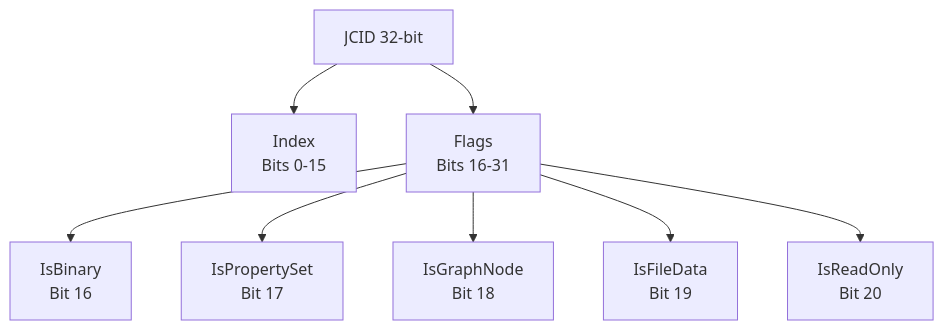
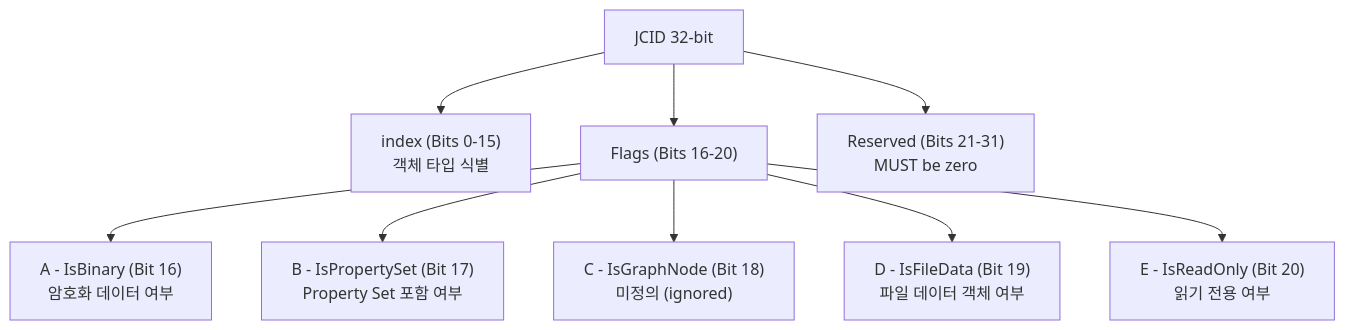
Before and after one commit to kijeong/pyOneNote: the fifth of 15 diagrams in docs/OneNote_File_Format_Structure.md, drawn with Mermaid. The commit also changed other lines of this file, not shown here.

````diff
--- a/docs/OneNote_File_Format_Structure.md
+++ b/docs/OneNote_File_Format_Structure.md
@@ -134,11 +256,12 @@
 ```mermaid
 graph TD
-    A[JCID 32-bit] --> B[Index<br/>Bits 0-15]
-    A --> C[Flags<br/>Bits 16-31]
+    A[JCID 32-bit] --> B["index (Bits 0-15)<br/>객체 타입 식별"]
+    A --> C["Flags (Bits 16-20)"]
+    A --> D["Reserved (Bits 21-31)<br/>MUST be zero"]
     
-    C --> D[IsBinary<br/>Bit 16]
-    C --> E[IsPropertySet<br/>Bit 17]
-    C --> F[IsGraphNode<br/>Bit 18]
-    C --> G[IsFileData<br/>Bit 19]
-    C --> H[IsReadOnly<br/>Bit 20]
+    C --> C1["A - IsBinary (Bit 16)<br/>암호화 데이터 여부"]
+    C --> C2["B - IsPropertySet (Bit 17)<br/>Property Set 포함 여부"]
+    C --> C3["C - IsGraphNode (Bit 18)<br/>미정의 (ignored)"]
+    C --> C4["D - IsFileData (Bit 19)<br/>파일 데이터 객체 여부"]
+    C --> C5["E - IsReadOnly (Bit 20)<br/>읽기 전용 여부"]
 ```
````
